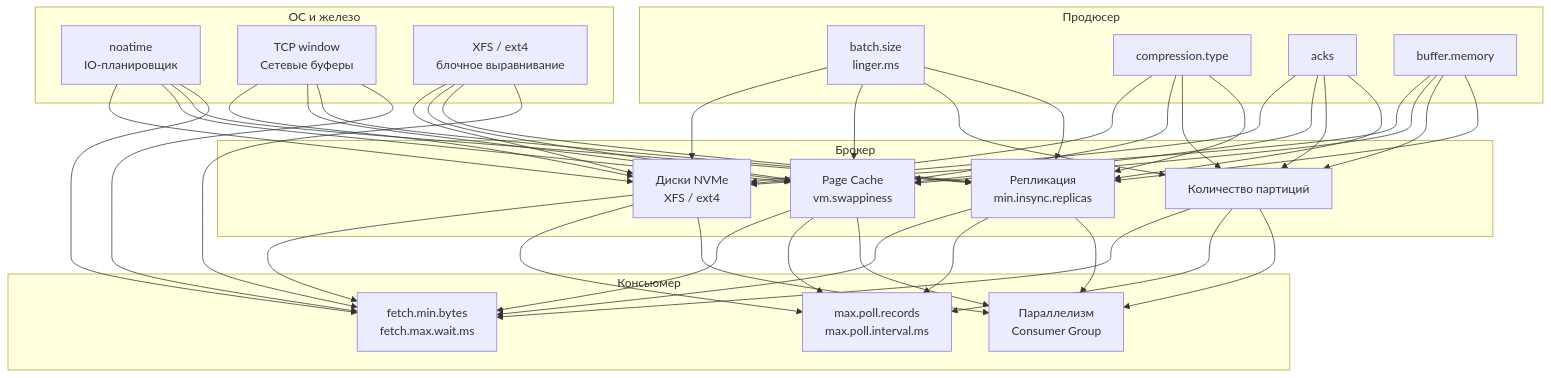
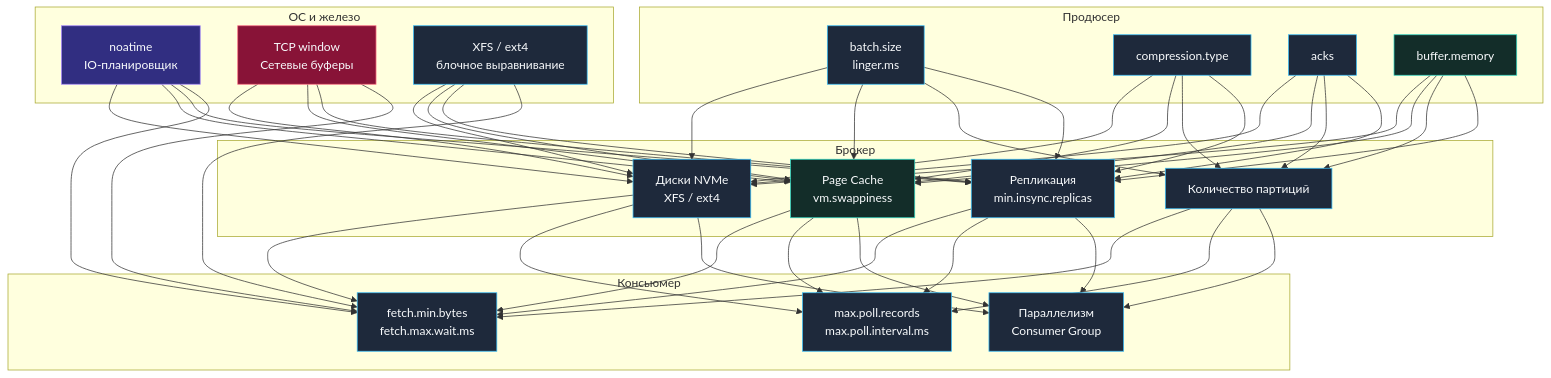
One commit to UnrealTemplier/go-textbook changed the second of 2 diagrams in sources/13. Очереди, брокеры сообщений и оркестраторы/03. Kafka/12. Производительность Kafka.md. Above: the diagram before and after it, drawn with Mermaid. The commit also changed other lines of this file and 1666 other files, not shown here.

First line of the commit message:
feat(mermaid): add semantic color classDef to 1369 colorless flowchart/graph diagrams

````diff
--- a/sources/13. Очереди, брокеры сообщений и оркестраторы/03. Kafka/12. Производительность Kafka.md
+++ b/sources/13. Очереди, брокеры сообщений и оркестраторы/03. Kafka/12. Производительность Kafka.md
@@ -49,28 +59,38 @@
 ```mermaid
 flowchart TD
+    classDef process  fill:#1e293b,stroke:#38bdf8,stroke-width:1px,color:#f8fafc
+    classDef success  fill:#064e3b,stroke:#34d399,stroke-width:1px,color:#f8fafc
+    classDef error    fill:#7f1d1d,stroke:#f87171,stroke-width:1px,color:#f8fafc
+    classDef warning  fill:#78350f,stroke:#fbbf24,stroke-width:1px,color:#f8fafc
+    classDef entry    fill:#1e3a5f,stroke:#38bdf8,stroke-width:2px,color:#f8fafc
+    classDef aux      fill:#334155,stroke:#64748b,stroke-width:1px,color:#f8fafc
+    classDef system   fill:#312e81,stroke:#a78bfa,stroke-width:1px,color:#f8fafc
+    classDef data     fill:#132d29,stroke:#2dd4bf,stroke-width:1px,color:#f8fafc
+    classDef network  fill:#881337,stroke:#fb7185,stroke-width:1px,color:#f8fafc
+    classDef accent   fill:#1e1b4b,stroke:#818cf8,stroke-width:1px,color:#f8fafc
     subgraph "Продюсер"
-        P_Batch["batch.size<br>linger.ms"]
-        P_Comp["compression.type"]
-        P_Ack["acks"]
-        P_Buf["buffer.memory"]
+        P_Batch["batch.size<br>linger.ms"]:::process
+        P_Comp["compression.type"]:::process
+        P_Ack["acks"]:::process
+        P_Buf["buffer.memory"]:::data
     end
     subgraph "Брокер"
-        B_Disk["Диски NVMe<br>XFS / ext4"]
-        B_PC["Page Cache<br>vm.swappiness"]
-        B_Part["Количество партиций"]
-        B_Repl["Репликация<br>min.insync.replicas"]
+        B_Disk["Диски NVMe<br>XFS / ext4"]:::process
+        B_PC["Page Cache<br>vm.swappiness"]:::data
+        B_Part["Количество партиций"]:::process
+        B_Repl["Репликация<br>min.insync.replicas"]:::process
     end
     subgraph "Консьюмер"
-        C_Fetch["fetch.min.bytes<br>fetch.max.wait.ms"]
-        C_Poll["max.poll.records<br>max.poll.interval.ms"]
-        C_Parallel["Параллелизм<br>Consumer Group"]
+        C_Fetch["fetch.min.bytes<br>fetch.max.wait.ms"]:::process
+        C_Poll["max.poll.records<br>max.poll.interval.ms"]:::process
+        C_Parallel["Параллелизм<br>Consumer Group"]:::process
     end
     subgraph "ОС и железо"
-        OS_IO["noatime<br>IO-планировщик"]
-        OS_Net["TCP window<br>Сетевые буферы"]
-        OS_FS["XFS / ext4<br>блочное выравнивание"]
+        OS_IO["noatime<br>IO-планировщик"]:::system
+        OS_Net["TCP window<br>Сетевые буферы"]:::network
+        OS_FS["XFS / ext4<br>блочное выравнивание"]:::process
     end
     P_Batch & P_Comp & P_Ack & P_Buf --> B_Disk & B_PC & B_Part & B_Repl
     B_Disk & B_PC & B_Part & B_Repl --> C_Fetch & C_Poll & C_Parallel
     OS_IO & OS_Net & OS_FS --> B_Disk & B_PC & B_Repl & C_Fetch
 ```
````
